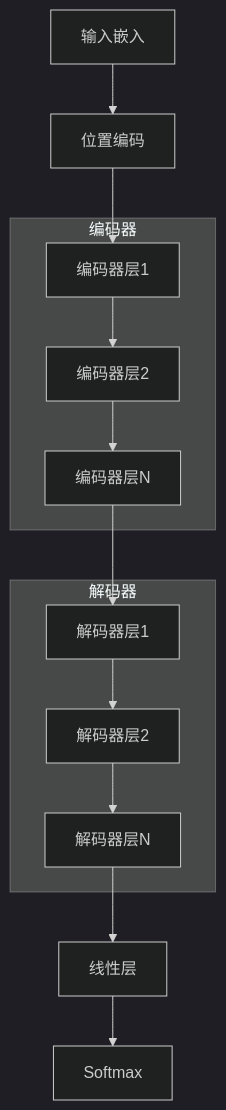
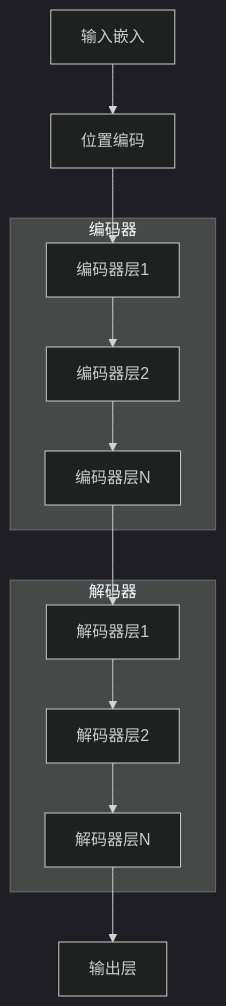
The first of 3 diagrams in tutorial/content/llm/transformer-architecture.md (byeyear/markdown-website-framework), drawn with Mermaid (dark theme) before and after one commit. The commit also changed other lines of this file and 13 other files, not shown here.

````diff
--- a/tutorial/content/llm/transformer-architecture.md
+++ b/tutorial/content/llm/transformer-architecture.md
@@ -18,24 +15,23 @@
 ```mermaid
 graph TB
     A[输入嵌入] --> B[位置编码]
     B --> C[编码器层1]
     C --> D[编码器层2]
     D --> E[编码器层N]
     E --> F[解码器层1]
     F --> G[解码器层2]
     G --> H[解码器层N]
-    H --> I[线性层]
-    I --> J[Softmax]
+    H --> I[输出层]
     
     subgraph 编码器
     C
     D
     E
     end
     
     subgraph 解码器
     F
     G
     H
     end
 ```
````
